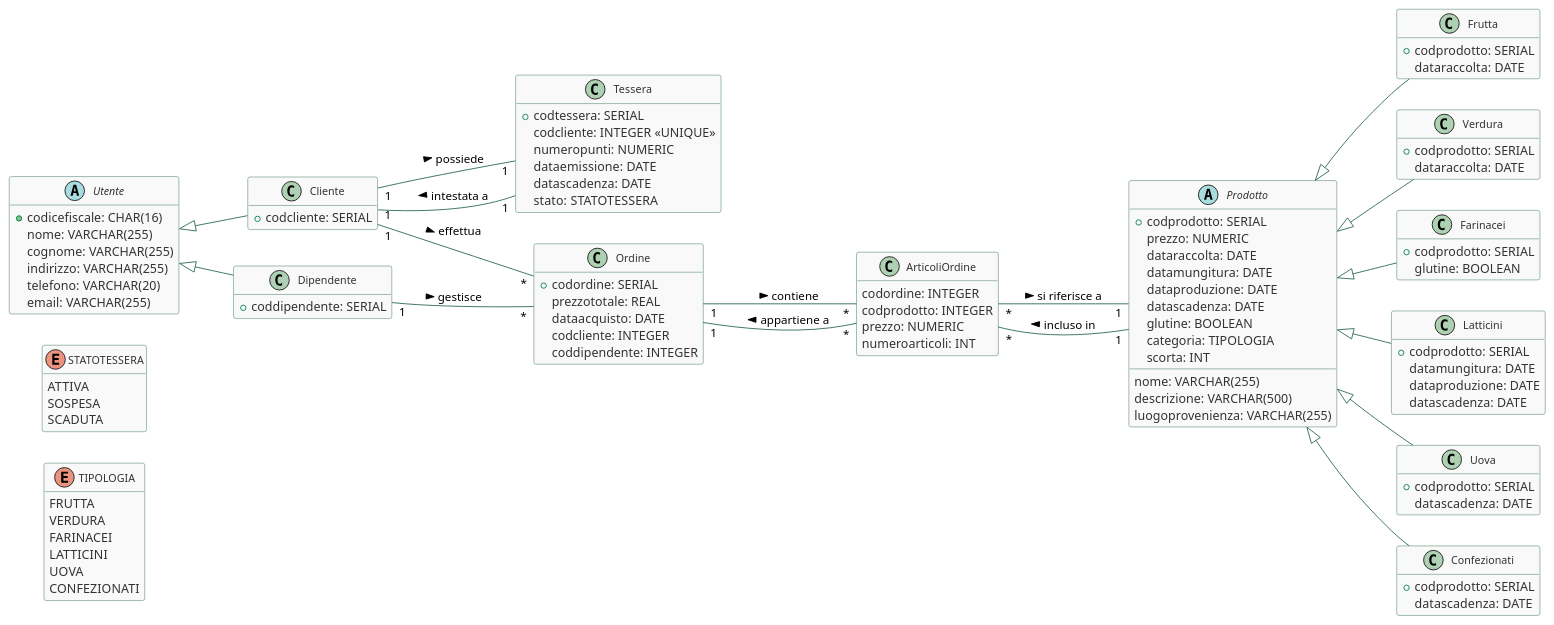
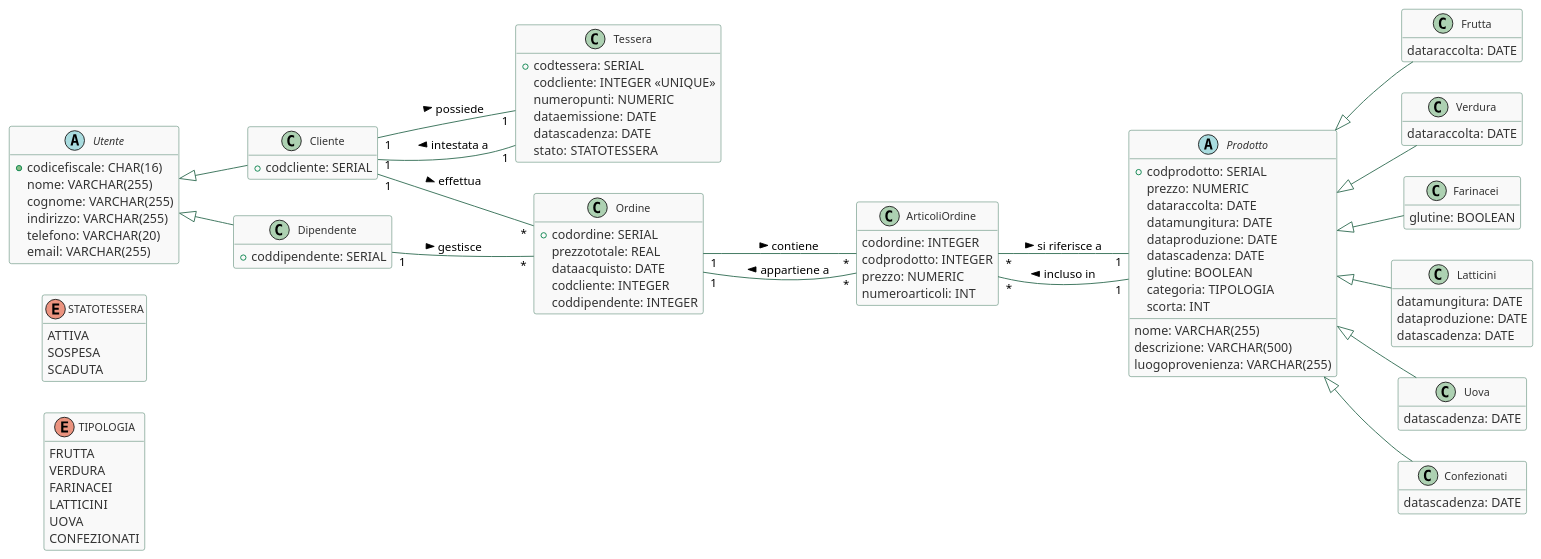
One commit to GinoPT97/UniDevPortfolio changed the diagram in Progetto-DB/Diagram/Diagram-NonRistrutturato.puml. Above: the diagram before and after it, drawn with PlantUML.

Commit message:
refactor: rimuovi attributo codprodotto dalle classi Frutta, Verdura, Farinacei, Latticini, Uova e Confezionati

```diff
--- a/Progetto-DB/Diagram/Diagram-NonRistrutturato.puml
+++ b/Progetto-DB/Diagram/Diagram-NonRistrutturato.puml
@@ -1,128 +1,122 @@
 @startuml DiagramNonRistrutturato
 skinparam class {
     BackgroundColor #F9F9F9
     ArrowColor #2D6A4F
-    BorderColor #2D6A4F
-    FontName "Segoe UI"
-    FontSize 12
+  BorderColor #2D6A4F
+  FontName "Segoe UI"
+  FontSize 12
     AttributeFontColor #333333
     StereotypeFontColor #2D6A4F
     StereotypeFontSize 11
 }
 hide empty members
 
 ' Layout ordinato con posizionamento esplicito
 left to right direction
 
 enum TIPOLOGIA {
   FRUTTA
   VERDURA
   FARINACEI
   LATTICINI
   UOVA
   CONFEZIONATI
 }
 enum STATOTESSERA {
   ATTIVA
   SOSPESA
   SCADUTA
 }
 
 abstract class Utente {
   +codicefiscale: CHAR(16)
   nome: VARCHAR(255)
   cognome: VARCHAR(255)
   indirizzo: VARCHAR(255)
   telefono: VARCHAR(20)
   email: VARCHAR(255)
 }
 class Cliente {
   +codcliente: SERIAL
 }
 class Dipendente {
   +coddipendente: SERIAL
 }
 Utente <|-- Cliente
 Utente <|-- Dipendente
 
 class Tessera {
   +codtessera: SERIAL
   codcliente: INTEGER <<UNIQUE>>
   numeropunti: NUMERIC
   dataemissione: DATE
   datascadenza: DATE
   stato: STATOTESSERA
 }
 
 class Ordine {
   +codordine: SERIAL
   prezzototale: REAL
   dataacquisto: DATE
   codcliente: INTEGER
   coddipendente: INTEGER
 }
 class ArticoliOrdine {
   codordine: INTEGER
   codprodotto: INTEGER
   prezzo: NUMERIC
   numeroarticoli: INT
 }
 
 abstract class Prodotto {
   +codprodotto: SERIAL
   nome: VARCHAR(255)
   descrizione: VARCHAR(500)
   prezzo: NUMERIC
   luogoprovenienza: VARCHAR(255)
   dataraccolta: DATE
   datamungitura: DATE
   dataproduzione: DATE
   datascadenza: DATE
   glutine: BOOLEAN
   categoria: TIPOLOGIA
   scorta: INT
 }
 class Frutta {
-  +codprodotto: SERIAL
   dataraccolta: DATE
 }
 class Verdura {
-  +codprodotto: SERIAL
   dataraccolta: DATE
 }
 class Farinacei {
-  +codprodotto: SERIAL
   glutine: BOOLEAN
 }
 class Latticini {
-  +codprodotto: SERIAL
   datamungitura: DATE
   dataproduzione: DATE
   datascadenza: DATE
 }
 class Uova {
-  +codprodotto: SERIAL
   datascadenza: DATE
 }
 class Confezionati {
-  +codprodotto: SERIAL
   datascadenza: DATE
 }
 Prodotto <|-- Frutta
 Prodotto <|-- Verdura
 Prodotto <|-- Farinacei
 Prodotto <|-- Latticini
 Prodotto <|-- Uova
 Prodotto <|-- Confezionati
 
 ' Relazioni tra le classi con etichette e ruoli
 Cliente "1" -- "1" Tessera : possiede >
 Cliente "1" -- "*" Ordine : effettua >
 Dipendente "1" -- "*" Ordine : gestisce >
 Ordine "1" -- "*" ArticoliOrdine : contiene >
 Prodotto "1" -- "*" ArticoliOrdine : incluso in >
 ArticoliOrdine "*" -- "1" Ordine : appartiene a >
 ArticoliOrdine "*" -- "1" Prodotto : si riferisce a >
 Tessera "1" -- "1" Cliente : intestata a >
 
 @enduml
```
